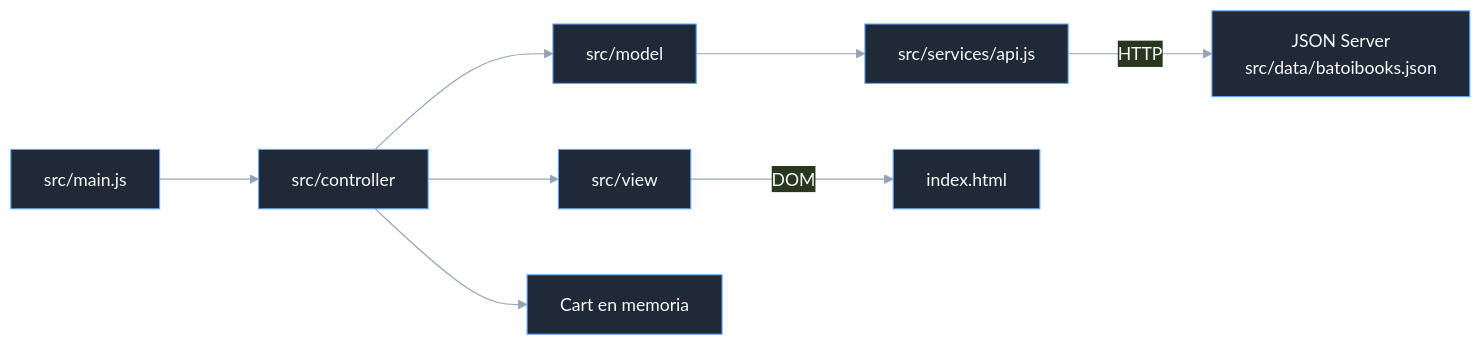
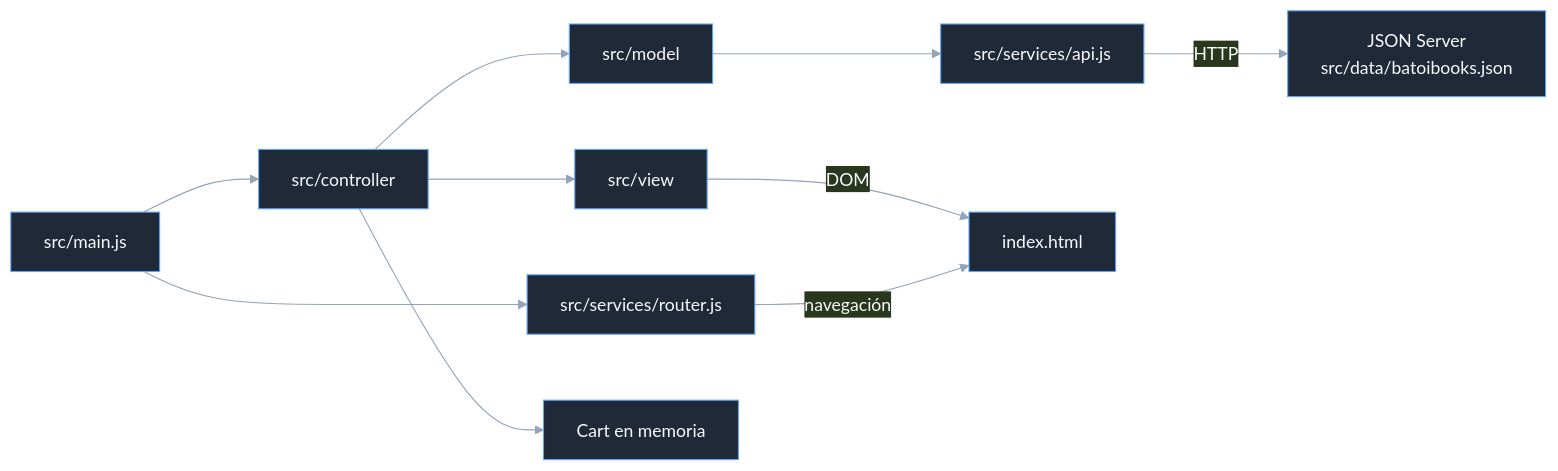
The diagram in README.md (DavidTorro/BatoiBooks), drawn with Mermaid before and after one commit. The commit also changed other lines of this file, not shown here.

````diff
--- a/README.md
+++ b/README.md
@@ -36,22 +41,24 @@
 ```mermaid
 %%{init: {
     "theme": "base",
     "flowchart": { "curve": "basis", "nodeSpacing": 60, "rankSpacing": 90 },
     "themeVariables": {
         "primaryColor": "#1f2937",
         "primaryTextColor": "#f9fafb",
         "primaryBorderColor": "#60a5fa",
         "lineColor": "#94a3b8",
         "tertiaryColor": "#0f172a"
     }
 }}%%
 
 flowchart LR
     app["src/main.js"] --> controller["src/controller"]
+    app --> router["src/services/router.js"]
     controller --> view["src/view"]
     controller --> model["src/model"]
     controller --> cart["Cart en memoria"]
     model --> api["src/services/api.js"]
     api -- HTTP --> database["JSON Server<br/>src/data/batoibooks.json"]
     view -- DOM --> page["index.html"]
+    router -- navegación --> page
 ```
````
